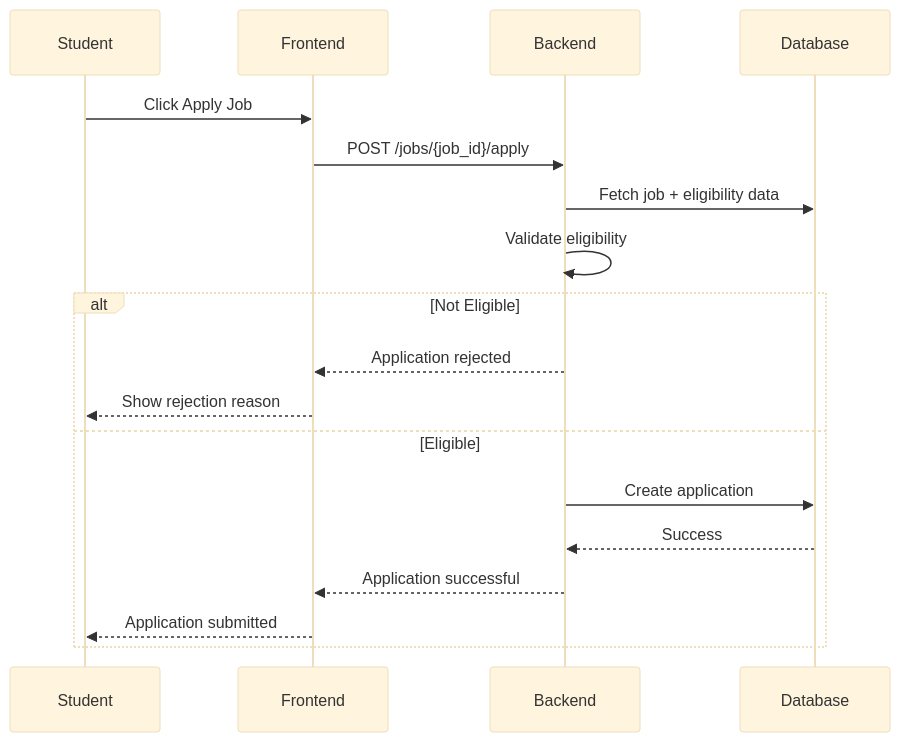
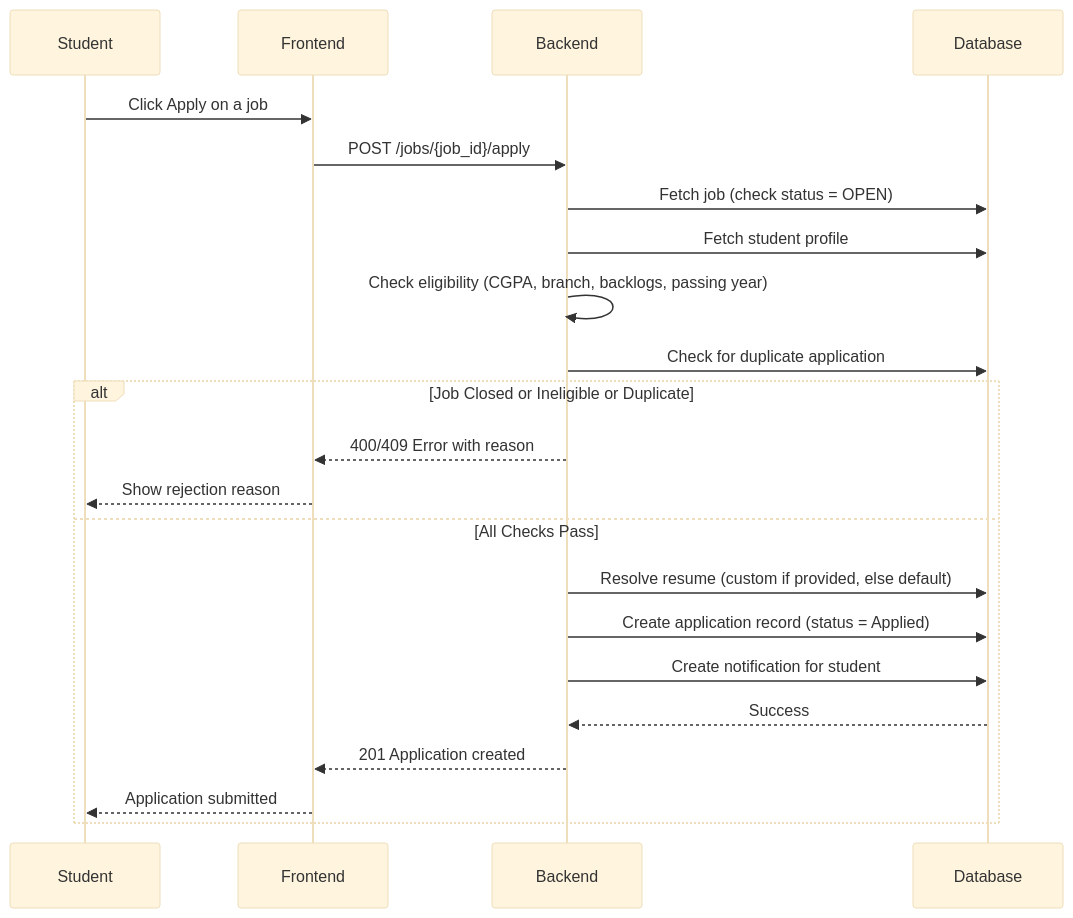
The fifth of 9 diagrams in instructions/Documentation/Sequence_diagrams.md (Fahim-004/Team_04_JavaFS), drawn with Mermaid (base theme) before and after one commit. The commit also changed other lines of this file, not shown here.

First line of the commit message:
Revise sequence diagrams for clarity and updates

````diff
--- a/instructions/Documentation/Sequence_diagrams.md
+++ b/instructions/Documentation/Sequence_diagrams.md
@@ -39,24 +150,27 @@
 ```mermaid
 sequenceDiagram
-
     participant Student
     participant Frontend
     participant Backend
     participant Database
 
-    Student->>Frontend: Click Apply Job
+    Student->>Frontend: Click Apply on a job
     Frontend->>Backend: POST /jobs/{job_id}/apply
 
-    Backend->>Database: Fetch job + eligibility data
-    Backend->>Backend: Validate eligibility
+    Backend->>Database: Fetch job (check status = OPEN)
+    Backend->>Database: Fetch student profile
+    Backend->>Backend: Check eligibility (CGPA, branch, backlogs, passing year)
+    Backend->>Database: Check for duplicate application
 
-    alt Not Eligible
-        Backend-->>Frontend: Application rejected
+    alt Job Closed or Ineligible or Duplicate
+        Backend-->>Frontend: 400/409 Error with reason
         Frontend-->>Student: Show rejection reason
-    else Eligible
-        Backend->>Database: Create application
+    else All Checks Pass
+        Backend->>Database: Resolve resume (custom if provided, else default)
+        Backend->>Database: Create application record (status = Applied)
+        Backend->>Database: Create notification for student
         Database-->>Backend: Success
-        Backend-->>Frontend: Application successful
+        Backend-->>Frontend: 201 Application created
         Frontend-->>Student: Application submitted
     end
 ```
````
